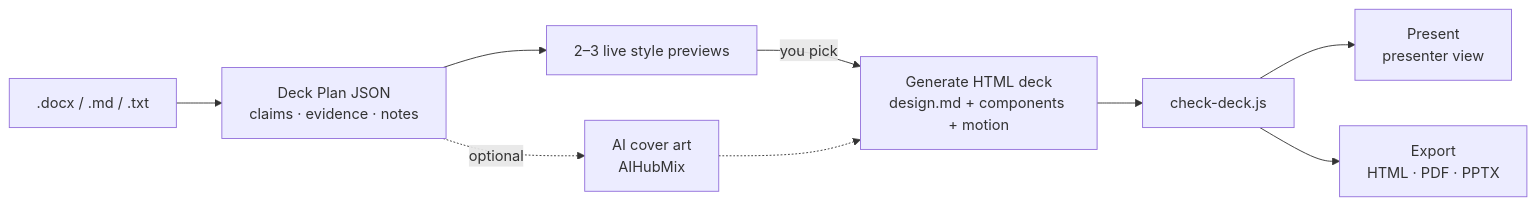
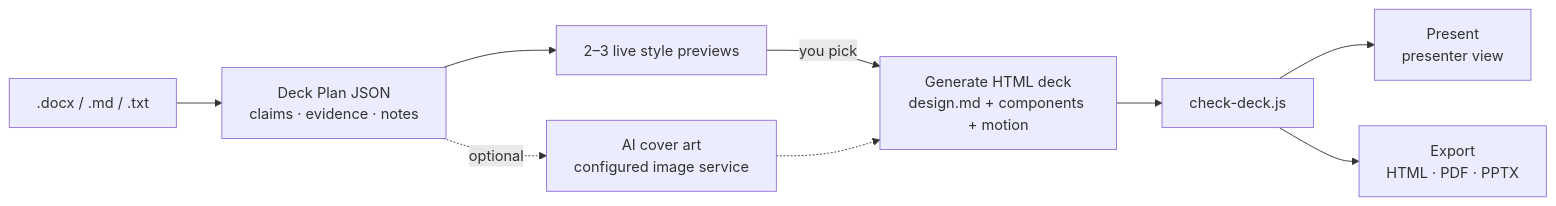
The diagram in README.md (hhuang999/Agent-native-slides), drawn with Mermaid before and after one commit. The commit also changed other lines of this file and 9 other files, not shown here.

````diff
--- a/README.md
+++ b/README.md
@@ -78,10 +78,10 @@
 ```mermaid
 flowchart LR
   A[".docx / .md / .txt"] --> B["Deck Plan JSON<br/>claims · evidence · notes"]
   B --> C["2–3 live style previews"]
   C -->|you pick| D["Generate HTML deck<br/>design.md + components + motion"]
   D --> E["check-deck.js"]
   E --> F["Present<br/>presenter view"]
   E --> G["Export<br/>HTML · PDF · PPTX"]
-  B -. optional .-> H["AI cover art<br/>AIHubMix"] -.-> D
+  B -. optional .-> H["AI cover art<br/>configured image service"] -.-> D
 ```
````
